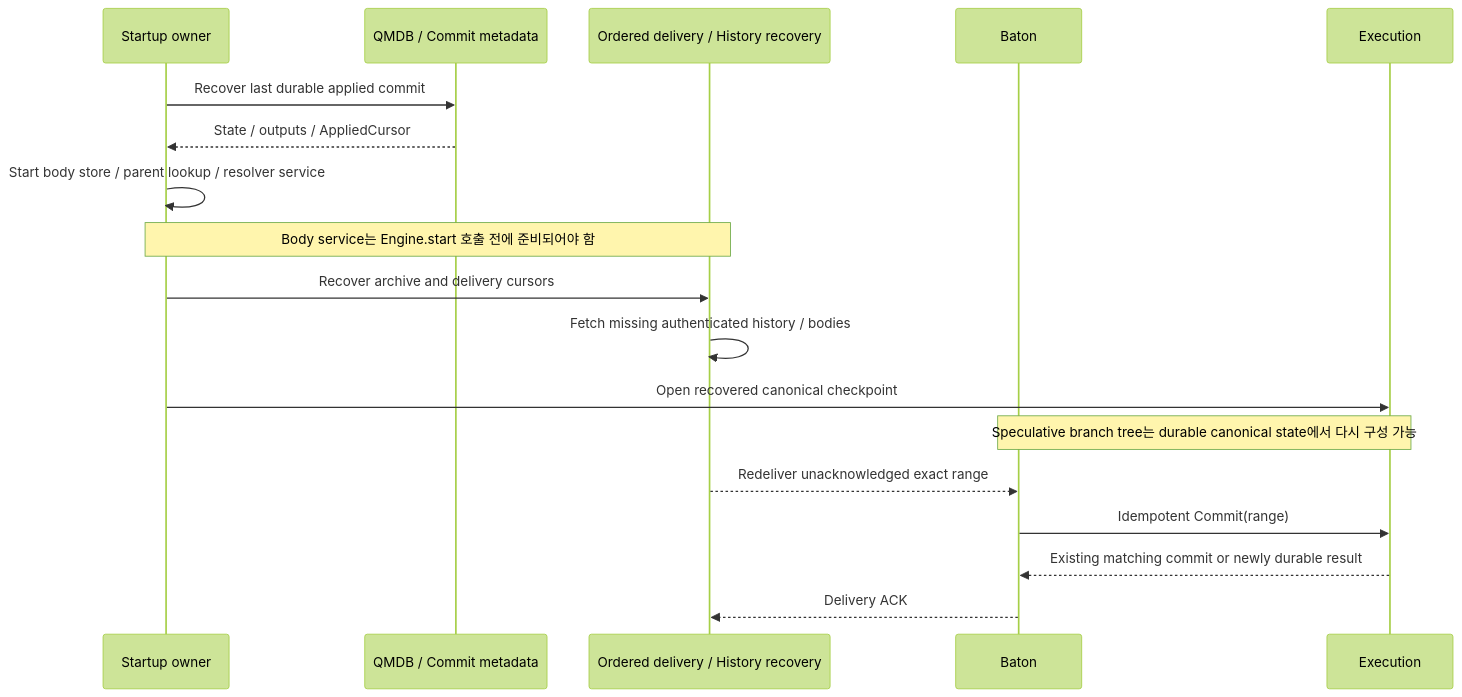
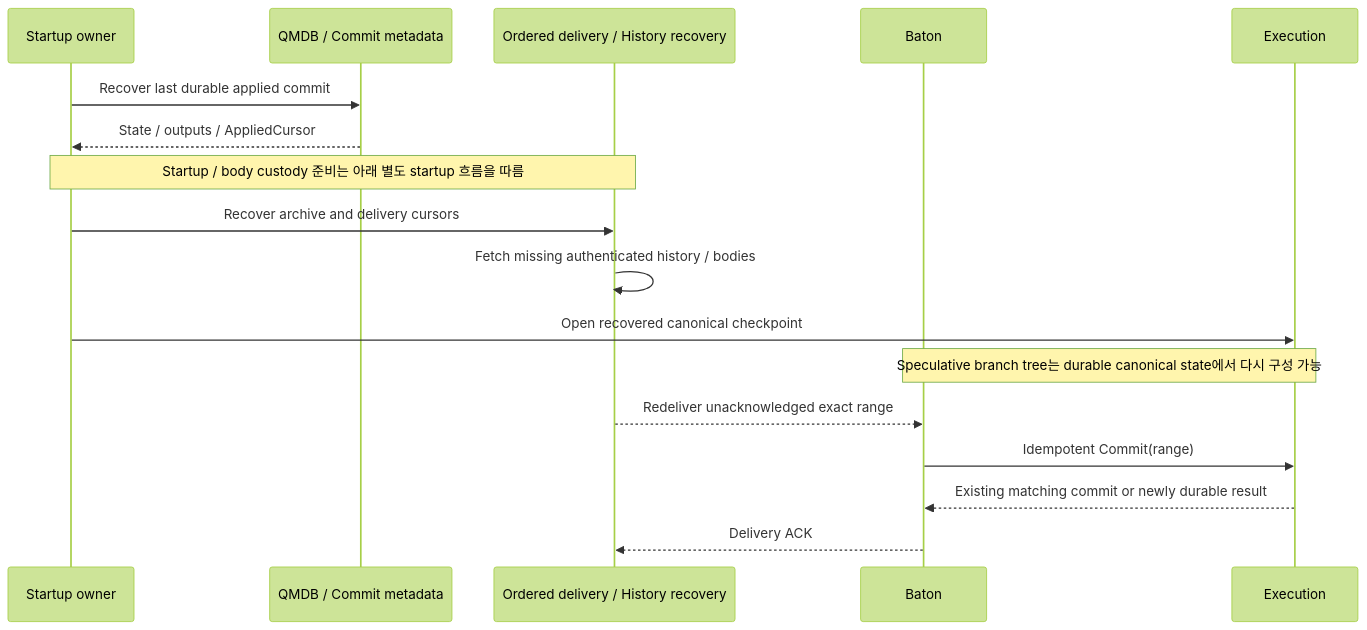
Before and after one commit to djm07073/baton-research: the tenth of 17 diagrams in IMPLEMENTATION_SPEC.md, drawn with Mermaid (forest theme). The commit also changed other lines of this file and 231 other files, not shown here.

````diff
--- a/IMPLEMENTATION_SPEC.md
+++ b/IMPLEMENTATION_SPEC.md
@@ -448,20 +460,19 @@
 ```mermaid
 sequenceDiagram
     participant S as Startup owner
     participant Q as QMDB / Commit metadata
     participant M as Ordered delivery / History recovery
     participant B as Baton
     participant E as Execution
     S->>Q: Recover last durable applied commit
     Q-->>S: State / outputs / AppliedCursor
-    S->>S: Start body store / parent lookup / resolver service
-    Note over S,M: Body service는 Engine.start 호출 전에 준비되어야 함
+    Note over S,M: Startup / body custody 준비는 아래 별도 startup 흐름을 따름
     S->>M: Recover archive and delivery cursors
     M->>M: Fetch missing authenticated history / bodies
     S->>E: Open recovered canonical checkpoint
     Note over B,E: Speculative branch tree는 durable canonical state에서 다시 구성 가능
     M-->>B: Redeliver unacknowledged exact range
     B->>E: Idempotent Commit(range)
     E-->>B: Existing matching commit or newly durable result
     B-->>M: Delivery ACK
 ```
````
